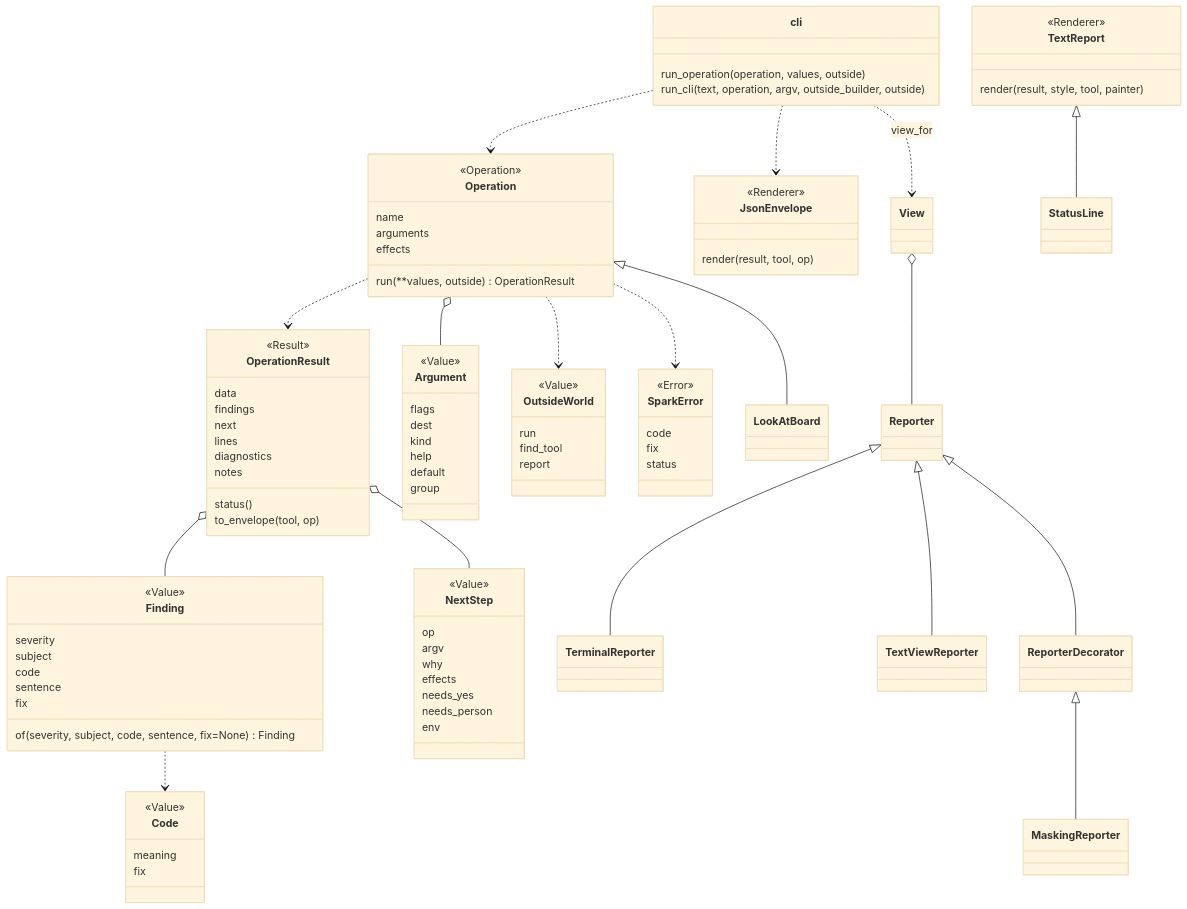
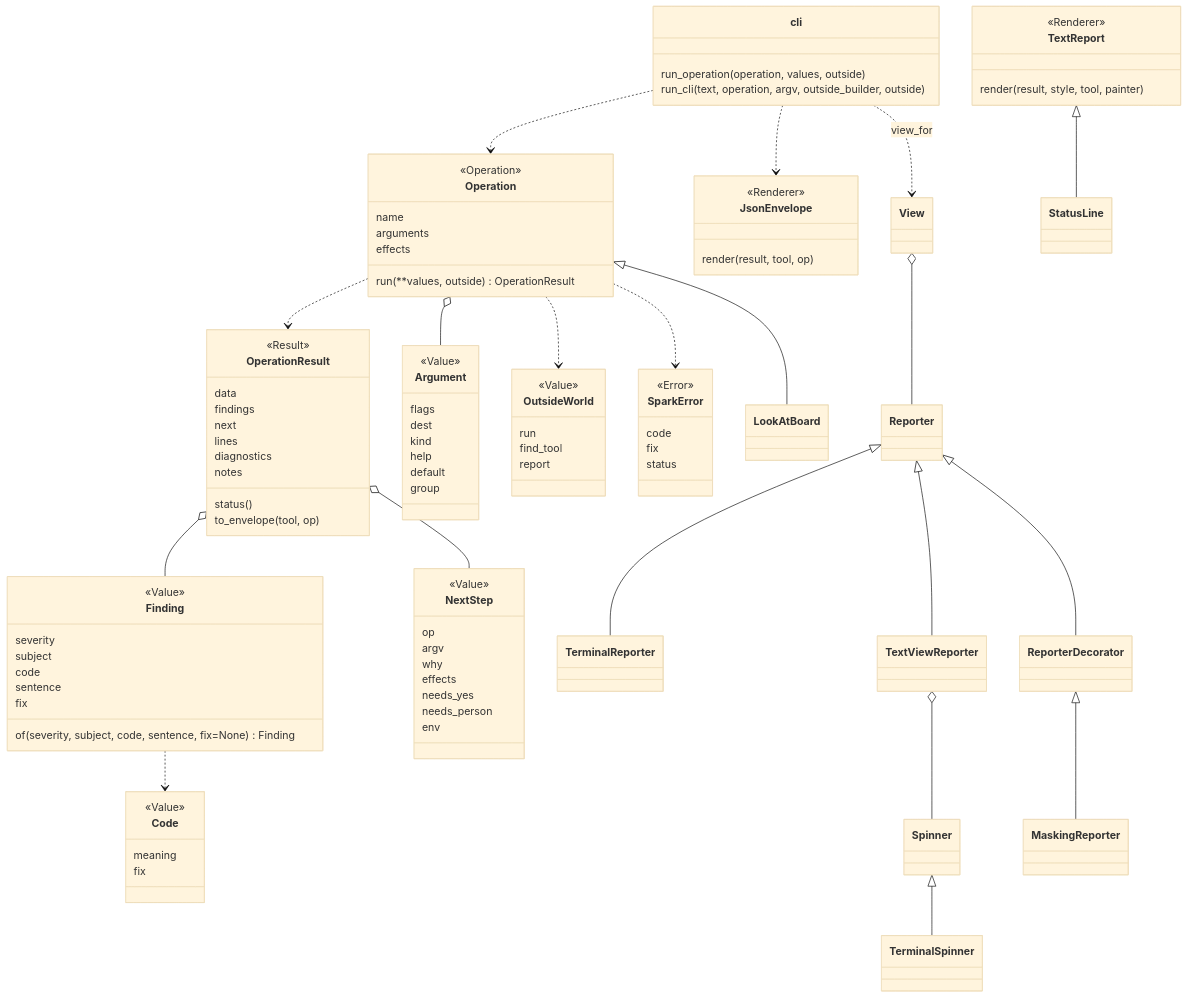
One commit to xmejkal/spark changed the diagram in docs/guide/patterns-and-names.md. Above: the diagram before and after it, drawn with Mermaid (base theme). The commit also changed other lines of this file and 5 other files, not shown here.

````diff
--- a/docs/guide/patterns-and-names.md
+++ b/docs/guide/patterns-and-names.md
@@ -170,6 +170,8 @@
   TextReport <|-- StatusLine
   Reporter <|-- TerminalReporter
   Reporter <|-- TextViewReporter
+  TextViewReporter o-- Spinner
+  Spinner <|-- TerminalSpinner
   Reporter <|-- ReporterDecorator
   ReporterDecorator <|-- MaskingReporter
 ```
````
